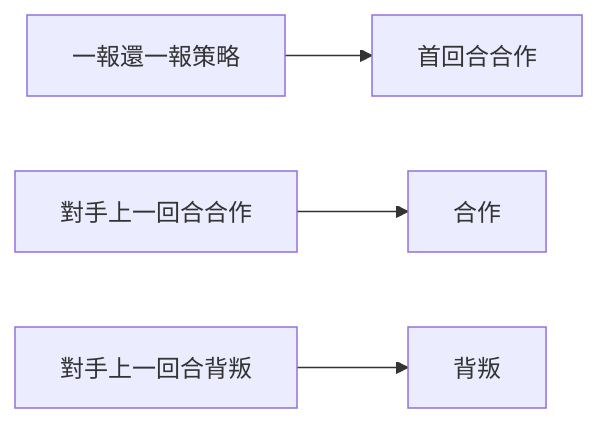
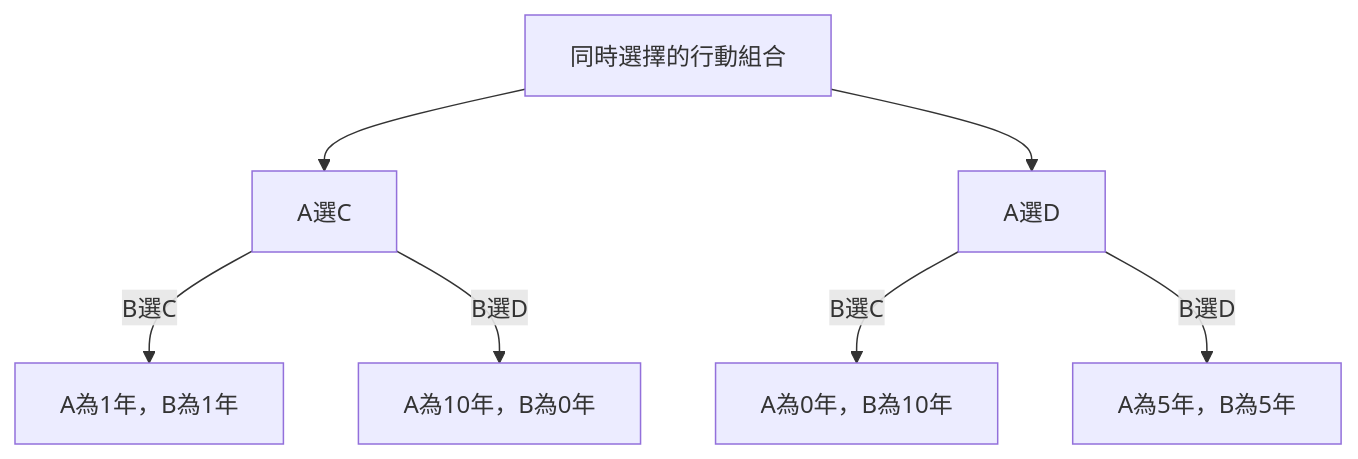
Before and after one commit to kenjinote/blog: the first of 2 diagrams in content/post/paradox-prisoners-dilemma/index.zh-tw.md, drawn with Mermaid. The commit also changed other lines of this file and 9 other files, not shown here.

````diff
--- a/content/post/paradox-prisoners-dilemma/index.zh-tw.md
+++ b/content/post/paradox-prisoners-dilemma/index.zh-tw.md
@@ -106,12 +35,9 @@
 ```mermaid
-graph LR
-    A["一報還一報策略"]
-    B["首回合合作"]
-    C["對手上一回合合作"]
-    D["對手上一回合背叛"]
-    E["合作"]
-    F["背叛"]
-    A --> B
-    C --> E
-    D --> F
+graph TD
+    Start["同時選擇的行動組合"] --> AC["A選C"]
+    Start --> AD["A選D"]
+    AC -->|"B選C"| CC["A為1年，B為1年"]
+    AC -->|"B選D"| CD["A為10年，B為0年"]
+    AD -->|"B選C"| DC["A為0年，B為10年"]
+    AD -->|"B選D"| DD["A為5年，B為5年"]
 ```
````
